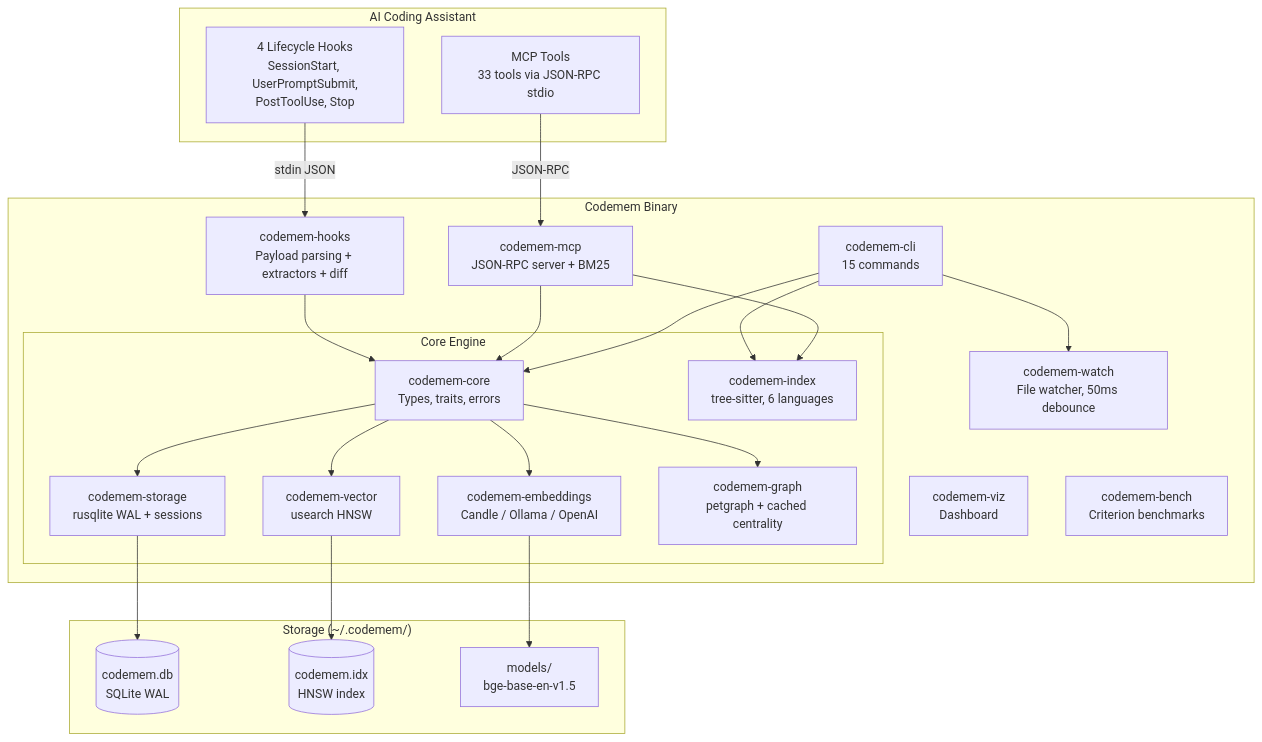
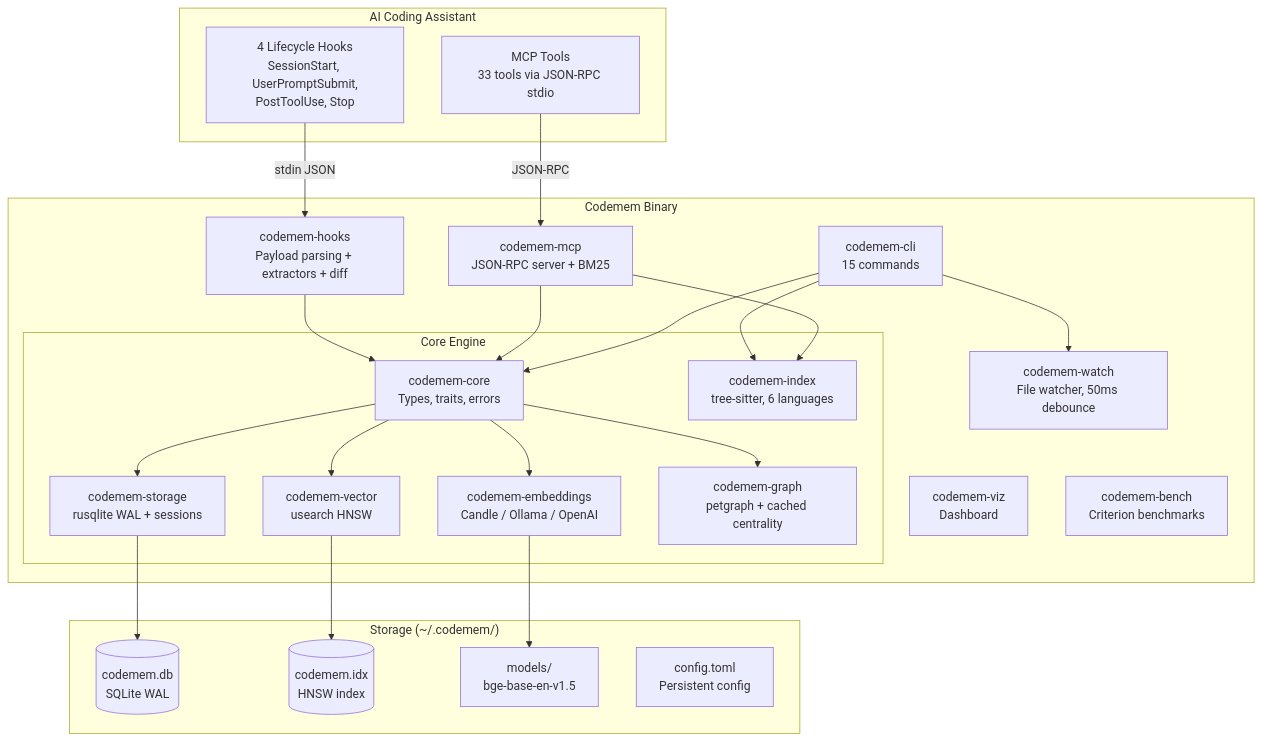
Before and after one commit to cogniplex/codemem: the first of 8 diagrams in docs/architecture.md, drawn with Mermaid. The commit also changed other lines of this file and 19 other files, not shown here.

````diff
--- a/docs/architecture.md
+++ b/docs/architecture.md
@@ -11,48 +11,49 @@
 ```mermaid
 graph TB
     subgraph "AI Coding Assistant"
         H[4 Lifecycle Hooks<br/>SessionStart, UserPromptSubmit,<br/>PostToolUse, Stop]
         M[MCP Tools<br/>33 tools via JSON-RPC stdio]
     end
 
     subgraph "Codemem Binary"
         CLI[codemem-cli<br/>15 commands]
         HOOKS[codemem-hooks<br/>Payload parsing + extractors + diff]
         MCP[codemem-mcp<br/>JSON-RPC server + BM25]
         WATCH[codemem-watch<br/>File watcher, 50ms debounce]
 
         subgraph "Core Engine"
             CORE[codemem-core<br/>Types, traits, errors]
             EMB[codemem-embeddings<br/>Candle / Ollama / OpenAI]
             VEC[codemem-vector<br/>usearch HNSW]
             STORE[codemem-storage<br/>rusqlite WAL + sessions]
             GRAPH[codemem-graph<br/>petgraph + cached centrality]
             IDX[codemem-index<br/>tree-sitter, 6 languages]
         end
 
         VIZ[codemem-viz<br/>Dashboard]
         BENCH[codemem-bench<br/>Criterion benchmarks]
     end
 
     subgraph "Storage (~/.codemem/)"
         DB[(codemem.db<br/>SQLite WAL)]
         HNSW[(codemem.idx<br/>HNSW index)]
         MODEL[models/<br/>bge-base-en-v1.5]
+        CONF[config.toml<br/>Persistent config]
     end
 
     H -->|stdin JSON| HOOKS
     M -->|JSON-RPC| MCP
     HOOKS --> CORE
     MCP --> CORE
     CLI --> CORE
     CLI --> WATCH
     CORE --> EMB
     CORE --> VEC
     CORE --> STORE
     CORE --> GRAPH
     CLI --> IDX
     MCP --> IDX
     STORE --> DB
     VEC --> HNSW
     EMB --> MODEL
 ```
````
